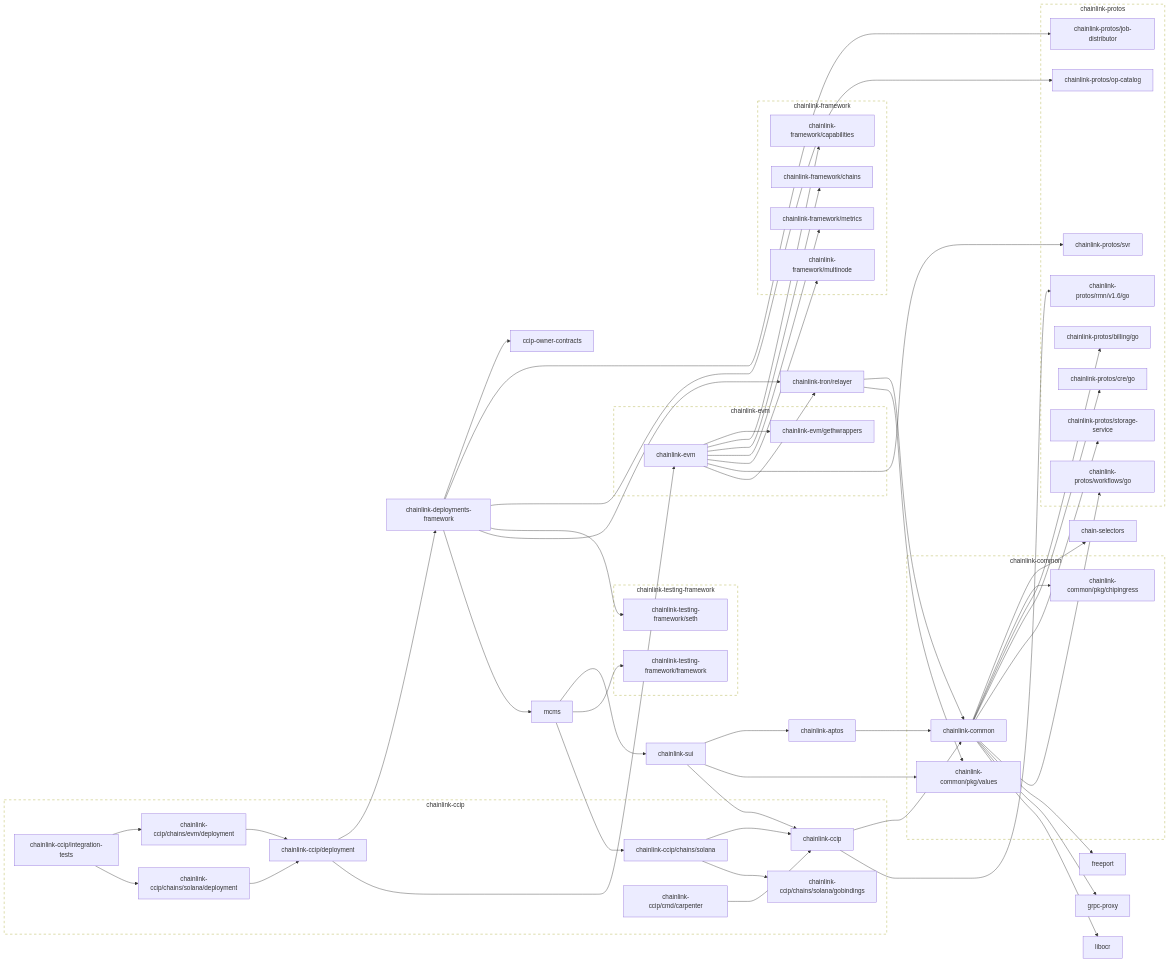
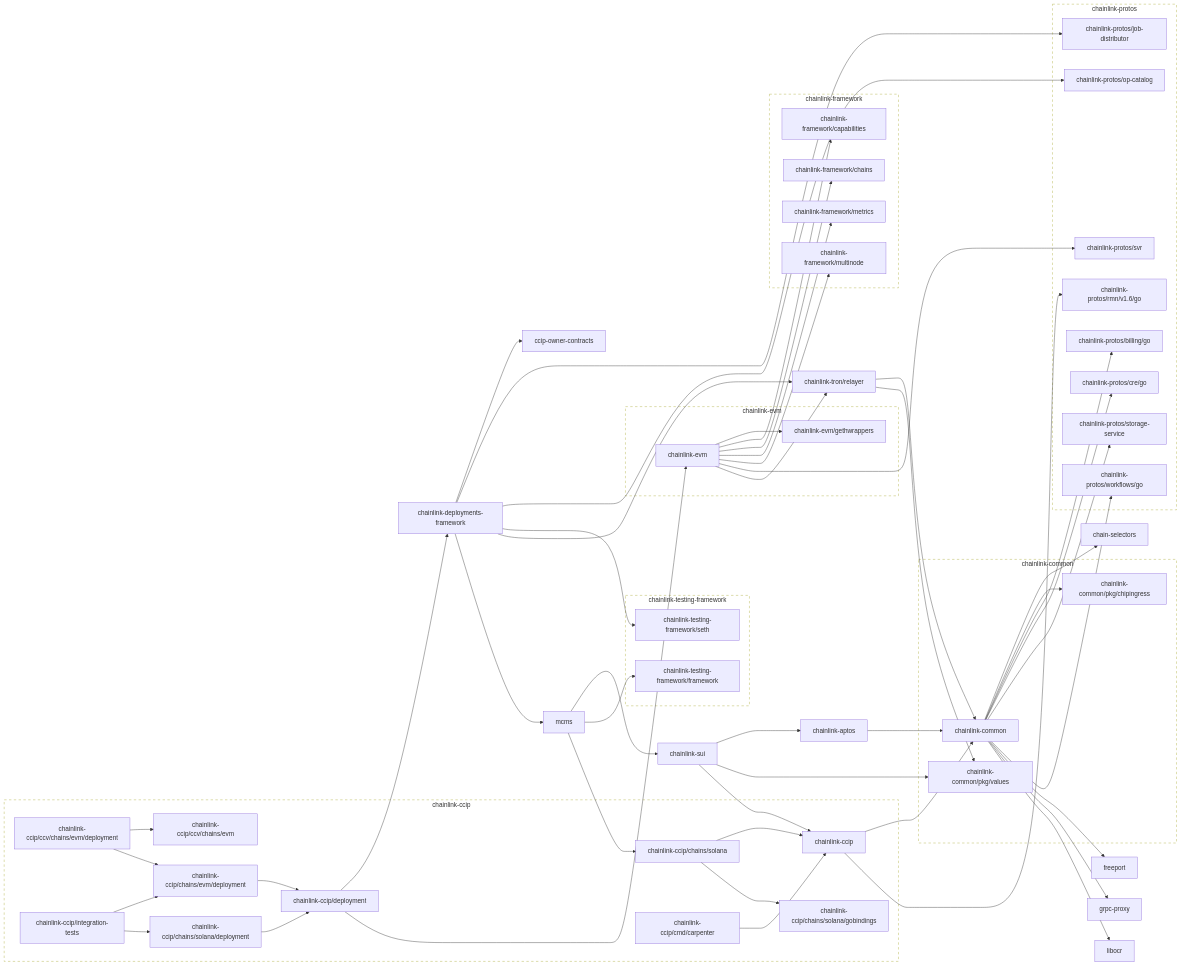
One commit to smartcontractkit/chainlink-ccip changed the second of 2 diagrams in go.md. Above: the diagram before and after it, drawn with Mermaid. The commit also changed 1 other file, not shown here.

Commit message:
Fix modgraph

```diff
--- a/go.md
+++ b/go.md
@@ -68,6 +68,11 @@
 	chainlink-ccip --> chainlink-common
 	chainlink-ccip --> chainlink-protos/rmn/v1.6/go
 	click chainlink-ccip href "https://github.com/smartcontractkit/chainlink-ccip"
+	chainlink-ccip/ccv/chains/evm
+	click chainlink-ccip/ccv/chains/evm href "https://github.com/smartcontractkit/chainlink-ccip"
+	chainlink-ccip/ccv/chains/evm/deployment --> chainlink-ccip/ccv/chains/evm
+	chainlink-ccip/ccv/chains/evm/deployment --> chainlink-ccip/chains/evm/deployment
+	click chainlink-ccip/ccv/chains/evm/deployment href "https://github.com/smartcontractkit/chainlink-ccip"
 	chainlink-ccip/chains/evm/deployment --> chainlink-ccip/deployment
 	click chainlink-ccip/chains/evm/deployment href "https://github.com/smartcontractkit/chainlink-ccip"
 	chainlink-ccip/chains/solana --> chainlink-ccip
@@ -164,6 +169,8 @@
 
 	subgraph chainlink-ccip-repo[chainlink-ccip]
 		 chainlink-ccip
+		 chainlink-ccip/ccv/chains/evm
+		 chainlink-ccip/ccv/chains/evm/deployment
 		 chainlink-ccip/chains/evm/deployment
 		 chainlink-ccip/chains/solana
 		 chainlink-ccip/chains/solana/deployment
```
